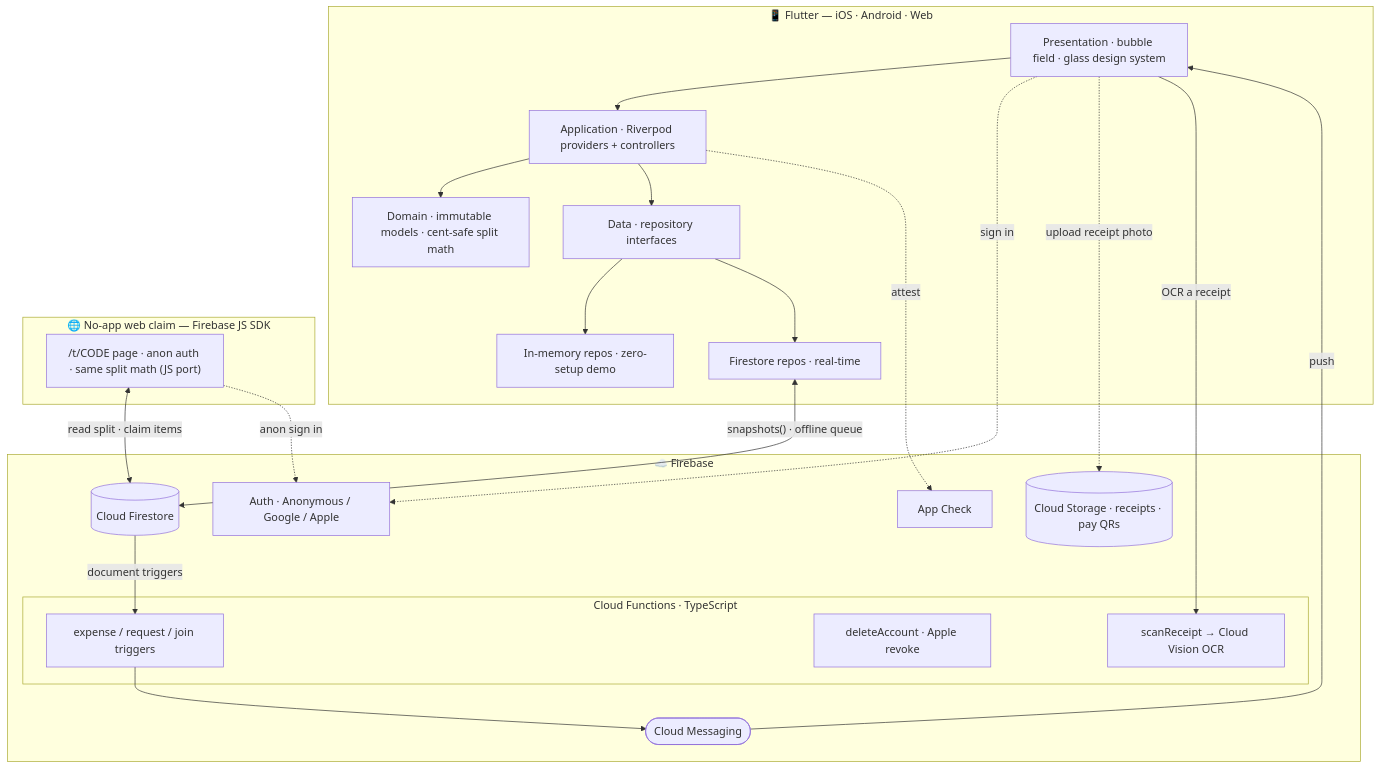
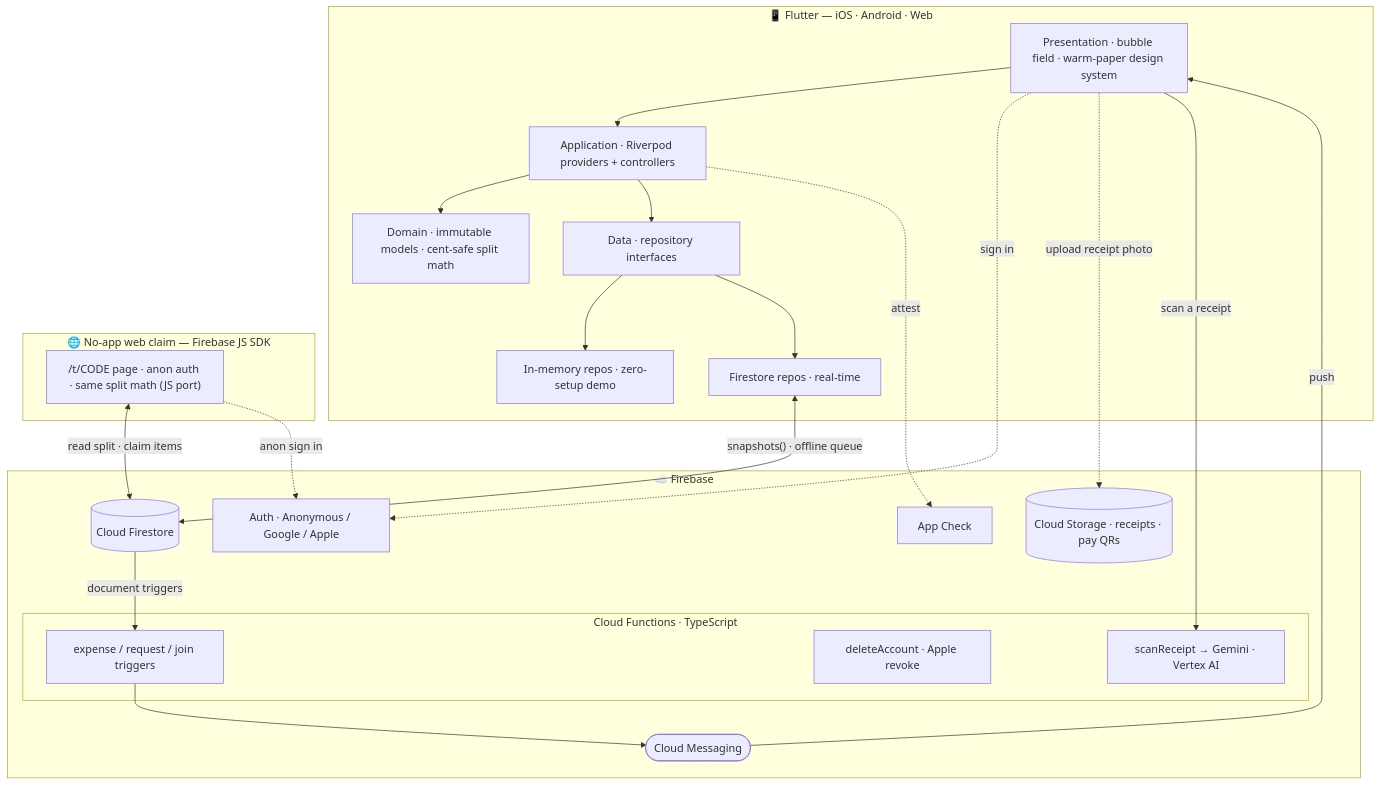
Before and after one commit to yeegz/Bupples-showcase: the diagram in README.md, drawn with Mermaid. The commit also changed other lines of this file and 8 other files, not shown here.

First line of the commit message:
Align showcase with the shipping warm-paper app

````diff
--- a/README.md
+++ b/README.md
@@ -143,36 +146,36 @@
 ```mermaid
 flowchart TB
     subgraph Client["📱 Flutter — iOS · Android · Web"]
-        UI["Presentation · bubble field · glass design system"]
+        UI["Presentation · bubble field · warm-paper design system"]
         APP["Application · Riverpod providers + controllers"]
         DOM["Domain · immutable models · cent-safe split math"]
         DATA["Data · repository interfaces"]
         UI --> APP --> DOM
         APP --> DATA
         DATA --> MEM["In-memory repos · zero-setup demo"]
         DATA --> FSR["Firestore repos · real-time"]
     end
     subgraph Web["🌐 No-app web claim — Firebase JS SDK"]
         TWEB["/t/CODE page · anon auth · same split math (JS port)"]
     end
     subgraph FB["☁️ Firebase"]
         FS[("Cloud Firestore")]
         AUTH["Auth · Anonymous / Google / Apple"]
         STG[("Cloud Storage · receipts · pay QRs")]
         AC["App Check"]
         FCM(["Cloud Messaging"])
         subgraph FN["Cloud Functions · TypeScript"]
             NOTIFY["expense / request / join triggers"]
             ADMIN["deleteAccount · Apple revoke"]
-            SCAN["scanReceipt → Cloud Vision OCR"]
+            SCAN["scanReceipt → Gemini · Vertex AI"]
         end
     end
     FSR <-->|"snapshots() · offline queue"| FS
     TWEB <-->|"read split · claim items"| FS
     TWEB -.->|"anon sign in"| AUTH
     UI -.->|"sign in"| AUTH
     UI -.->|"upload receipt photo"| STG
-    UI -->|"OCR a receipt"| SCAN
+    UI -->|"scan a receipt"| SCAN
     APP -.->|"attest"| AC
     FS -->|"document triggers"| NOTIFY --> FCM -->|"push"| UI
 ```
````
